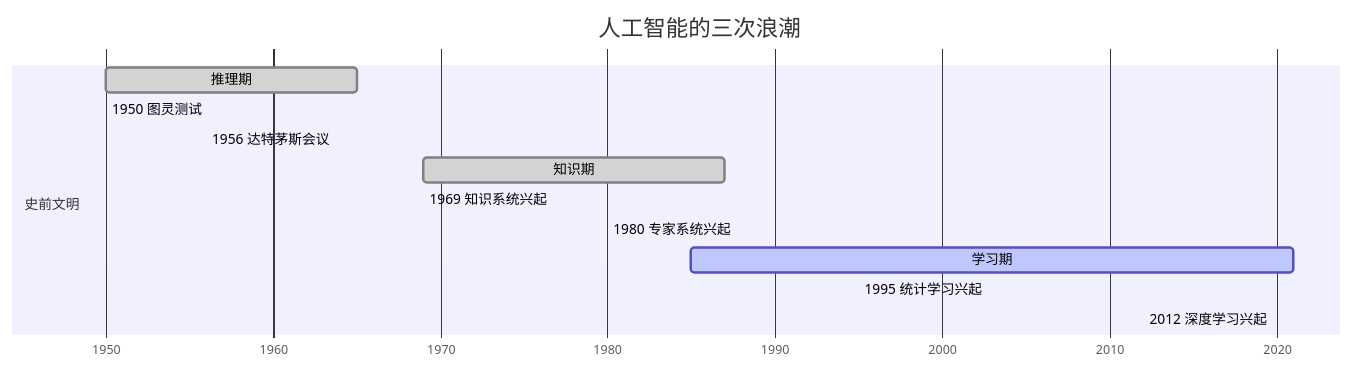
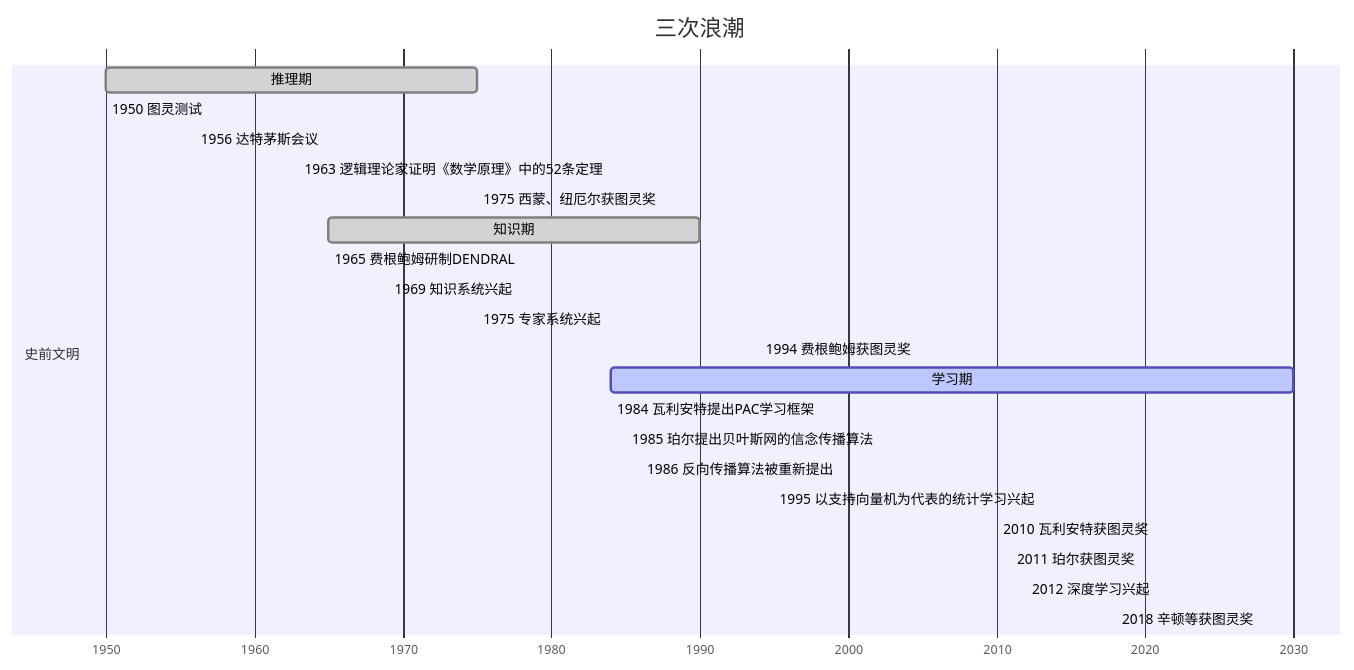
Before and after one commit to Avanti1980/presentation: the diagram in mermaid/ai.mermaid, drawn with Mermaid. The commit also changed 49 other files, not shown here.

```diff
--- a/mermaid/ai.mermaid
+++ b/mermaid/ai.mermaid
@@ -1,19 +1,29 @@
 gantt
 todayMarker off
 dateFormat YYYY
 axisFormat %Y
-title 人工智能的三次浪潮
+title 三次浪潮
 
 section 史前文明
 
-推理期: done, 1950, 1965
+推理期: done, 1950, 1975
 1950 图灵测试: 1950, milestone
 1956 达特茅斯会议: 1956, milestone
+1963 逻辑理论家证明《数学原理》中的52条定理: 1963, milestone
+1975 西蒙、纽厄尔获图灵奖: 1975, milestone
 
-知识期: done, 1969, 1987
+知识期: done, 1965, 1990
+1965 费根鲍姆研制DENDRAL: 1965, milestone
 1969 知识系统兴起: 1969, milestone
-1980 专家系统兴起: 1980, milestone
+1975 专家系统兴起: 1975, milestone
+1994 费根鲍姆获图灵奖: 1994, milestone
 
-学习期: active, 1985, 2021
-1995 统计学习兴起: 1995, milestone
+学习期: active, 1984, 2030
+1984 瓦利安特提出PAC学习框架: 1984, milestone
+1985 珀尔提出贝叶斯网的信念传播算法: 1985, milestone
+1986 反向传播算法被重新提出: 1986, milestone
+1995 以支持向量机为代表的统计学习兴起: 1995, milestone
+2010 瓦利安特获图灵奖: 2010, milestone
+2011 珀尔获图灵奖: 2011, milestone
 2012 深度学习兴起: 2012, milestone
+2018 辛顿等获图灵奖: 2018, milestone
```
